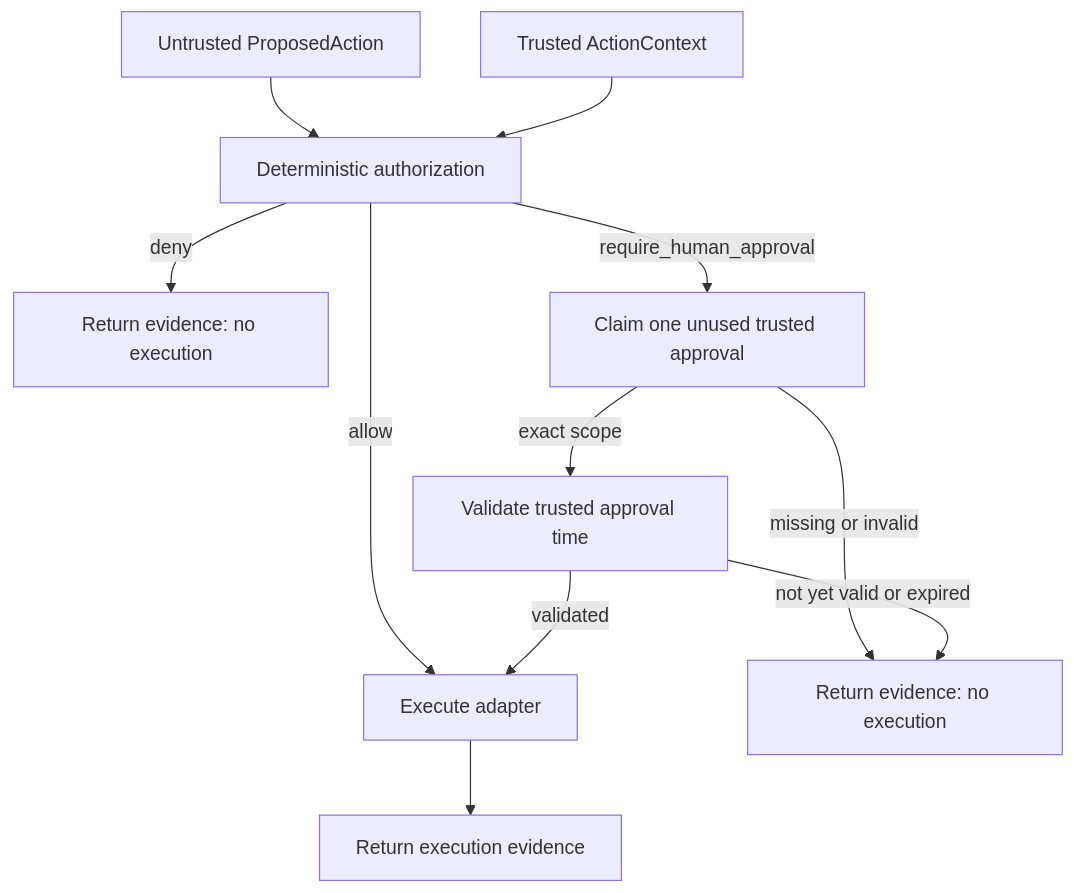
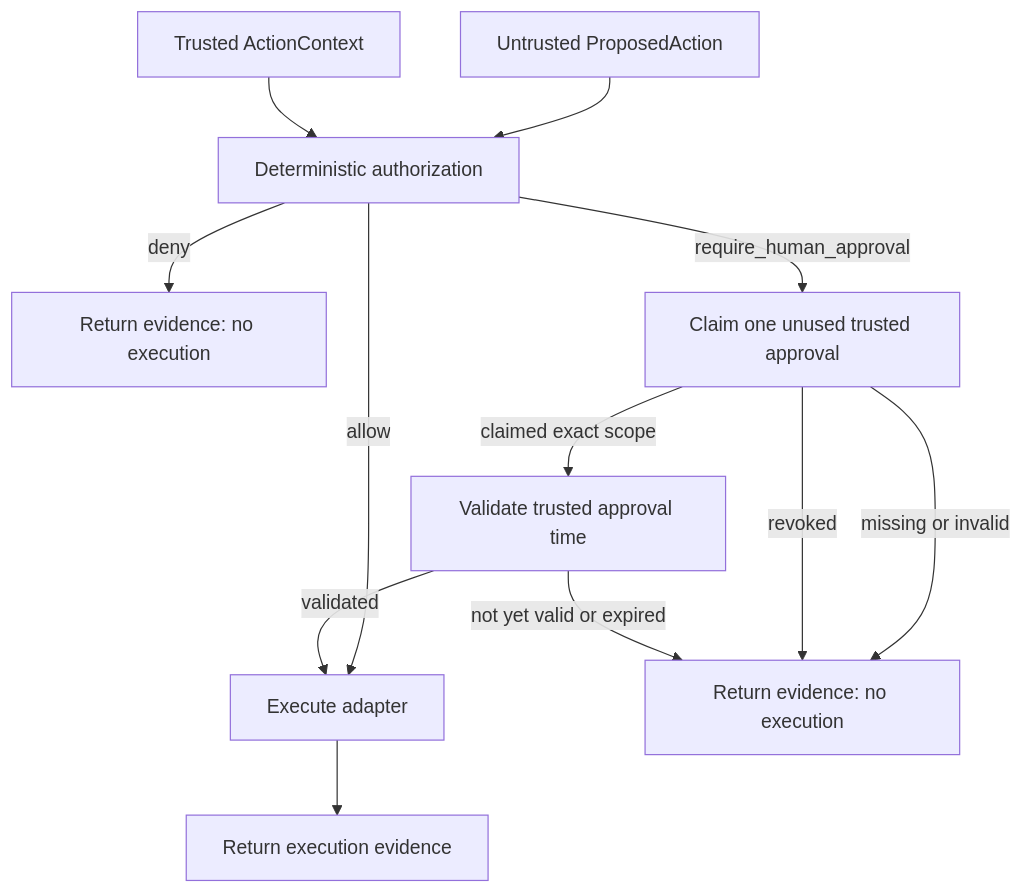
One commit to brunovicco/agentic-security-framework-lab changed the diagram in docs/security/GOVERNED_AGENT_ACTIONS.md. Above: the diagram before and after it, drawn with Mermaid. The commit also changed other lines of this file and 2 other files, not shown here.

Commit message:
docs: document explicit approval revocation

````diff
--- a/docs/security/GOVERNED_AGENT_ACTIONS.md
+++ b/docs/security/GOVERNED_AGENT_ACTIONS.md
@@ -251,13 +262,14 @@
 ```mermaid
 flowchart TD
     P[Untrusted ProposedAction] --> A[Deterministic authorization]
     C[Trusted ActionContext] --> A
     A -->|deny| D[Return evidence: no execution]
     A -->|allow| X[Execute adapter]
     A -->|require_human_approval| H[Claim one unused trusted approval]
     H -->|missing or invalid| B[Return evidence: no execution]
-    H -->|exact scope| T[Validate trusted approval time]
+    H -->|revoked| B
+    H -->|claimed exact scope| T[Validate trusted approval time]
     T -->|not yet valid or expired| B
     T -->|validated| X
     X --> E[Return execution evidence]
 ```
````
